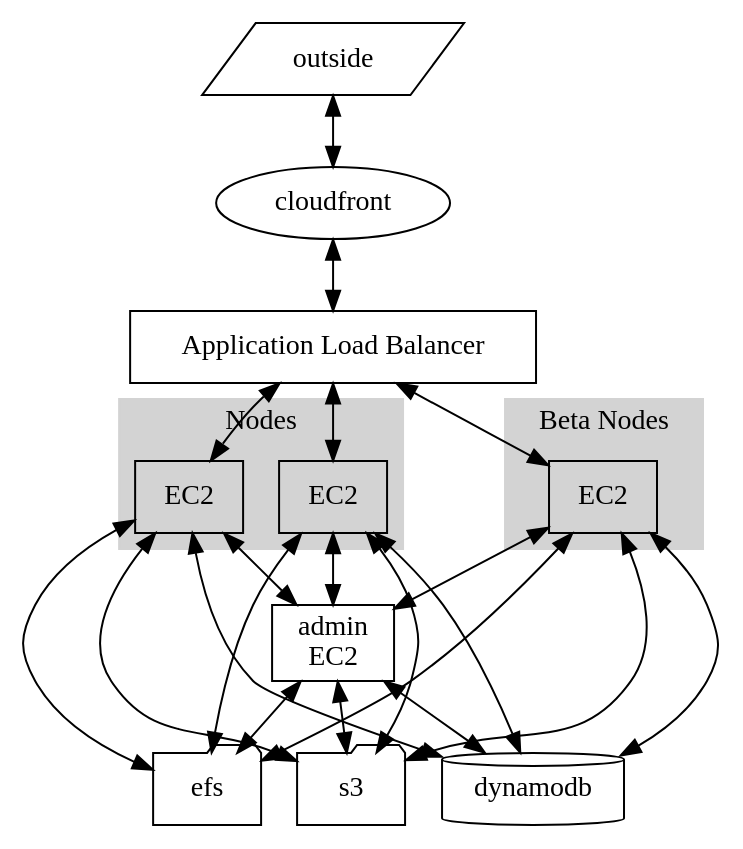
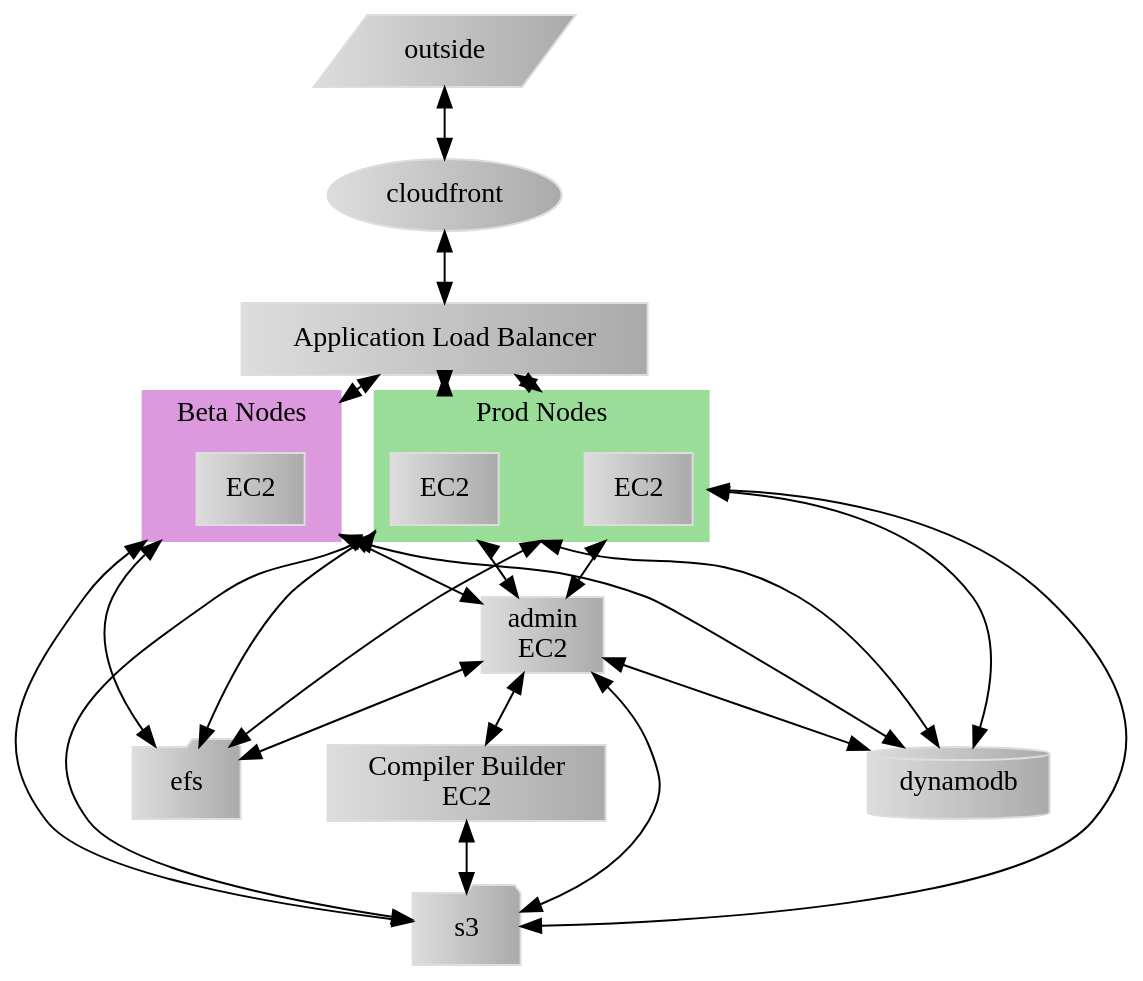
Before and after one commit to mattgodbolt/ce-behind-the-scenes: the diagram in ce.dot, drawn with Graphviz. The commit also changed 3 other files, not shown here.

```diff
--- a/ce.dot
+++ b/ce.dot
@@ -1,42 +1,55 @@
-digraph foo {
+digraph compiler_explorer {
+    bgcolor=transparent;
+    compound=true;
+    nodesep=0.6;
+    node [ color="#dddddd:#aaaaaa"; style=filled];
     edge [ dir=both ];
     outside [shape = parallelogram, rank="source"];
 
     cloudfront [shape = oval];
 
     alb [shape = box, label="Application Load Balancer"];
 
     subgraph cluster_ce_nodes {
-    label = "Nodes";
+        label = "Prod Nodes";
         style = filled;
-        		color=lightgrey;
+        color="#99dd99";
 
         ce_node_1 [shape = box, label="EC2"];
         ce_node_2 [shape = box, label="EC2"];
-
     }
     subgraph cluster_beta_nodes {
-    label="Beta Nodes";
+        label="Beta Nodes";
         style = filled;
-		color=lightgrey;
-    beta_node_1 [shape = box, label="EC2"];
+        color="#dd99dd";
+        beta_node_1 [shape = box, label="EC2"];
     }
 
     admin [shape = box, rank="sink", label="admin\nEC2"];
 
     efs [shape = folder];
     s3 [shape = folder];
     dynamodb [shape = cylinder];
 
     outside -> cloudfront;
     cloudfront -> alb;
 
-    alb -> ce_node_1;
-    alb -> ce_node_2;
-    alb -> beta_node_1;
+    alb -> ce_node_1 [lhead=cluster_ce_nodes];
+    alb -> ce_node_2 [lhead=cluster_ce_nodes];
+    alb -> beta_node_1 [lhead=cluster_beta_nodes];
 
-    { ce_node_1, ce_node_2, beta_node_1 } -> admin;
-    { admin, ce_node_1, ce_node_2, beta_node_1 } -> efs;
-    { admin, ce_node_1, ce_node_2, beta_node_1 } -> s3;
-    { admin, ce_node_1, ce_node_2, beta_node_1 } -> dynamodb;
+    build [ shape=box, label="Compiler Builder\nEC2"];
+
+    admin->build;
+    build->s3;
+
+    admin -> {efs, s3, dynamodb };
+    { ce_node_1, ce_node_2} -> admin [ltail=cluster_ce_nodes];
+    { ce_node_1, ce_node_2} -> efs [ltail=cluster_ce_nodes];
+    { ce_node_1, ce_node_2} -> s3 [ltail=cluster_ce_nodes];
+    { ce_node_1, ce_node_2} -> dynamodb [ltail=cluster_ce_nodes];
+    { beta_node_1 } -> admin [ltail=cluster_beta_nodes];
+    { beta_node_1 } -> efs [ltail=cluster_beta_nodes];
+    { beta_node_1 } -> s3 [ltail=cluster_beta_nodes];
+    { beta_node_1 } -> dynamodb [ltail=cluster_beta_nodes];
 }
```
